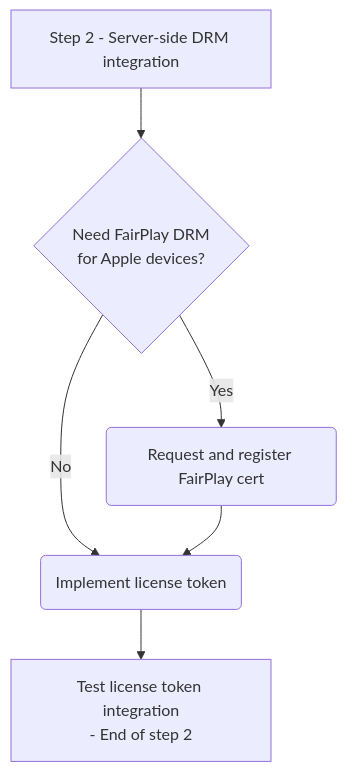
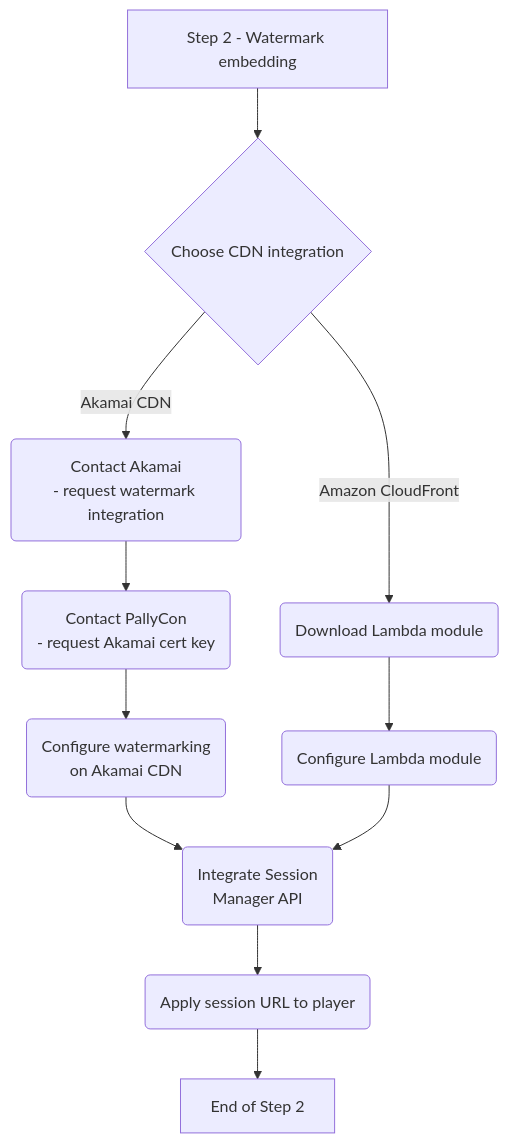
Before and after one commit to daniel-inka/pallycon-docs-v3: the second of 3 diagrams in content/forensic-watermarking/getting-started/fwm-onboarding.en.md, drawn with Mermaid. The commit also changed other lines of this file and 14 other files, not shown here.

Commit message:
added fwm onboarding guide

````diff
--- a/content/forensic-watermarking/getting-started/fwm-onboarding.en.md
+++ b/content/forensic-watermarking/getting-started/fwm-onboarding.en.md
@@ -62,12 +67,20 @@
 ```mermaid
 graph TD;
-  drm_license[Step 2 - Server-side DRM integration] --> apple_support{Need FairPlay DRM<br>for Apple devices?}
-  apple_support -->|Yes| fps_cert(Request and register FairPlay cert)
-  apple_support -->|No| license_token(Implement license token)
-  fps_cert --> license_token
-  license_token --> license_test[Test license token integration<br>- End of step 2]
+  watermark_embedding[Step 2 - Watermark embedding] --> cdn_type{Choose CDN integration}
+  cdn_type -->|Akamai CDN|akamai_account(Contact Akamai<br>- request watermark integration)
+  cdn_type --> |Amazon CloudFront|lambda_download(Download Lambda module)
 
-  click license_token "../../license/license-token"
-  click fps_cert "../../license/fps-cert-tutorial"
+  akamai_account --> pallycon_account(Contact PallyCon<br>- request Akamai cert key)
+  pallycon_account --> akamai_config(Configure watermarking<br> on Akamai CDN)
+  akamai_config --> session_manager(Integrate Session<br> Manager API)
 
+  lambda_download --> lambda_config(Configure Lambda module)
+  lambda_config --> session_manager
+  session_manager --> player_config(Apply session URL to player)
+  player_config --> embedding_done[End of Step 2]
+
+  click akamai_config "https://learn.akamai.com/en-us/webhelp/adaptive-media-delivery/adaptive-media-delivery-implementation-guide/GUID-0BA201AE-8CB5-4A0C-AB11-39155F7CD96F.html"
+  click lambda_download "../fwm-downloads"
+  click lambda_config "../../embedding/cloudfront-embedder"
+  click session_manager "../../embedding/session_manager"
 ```
````
